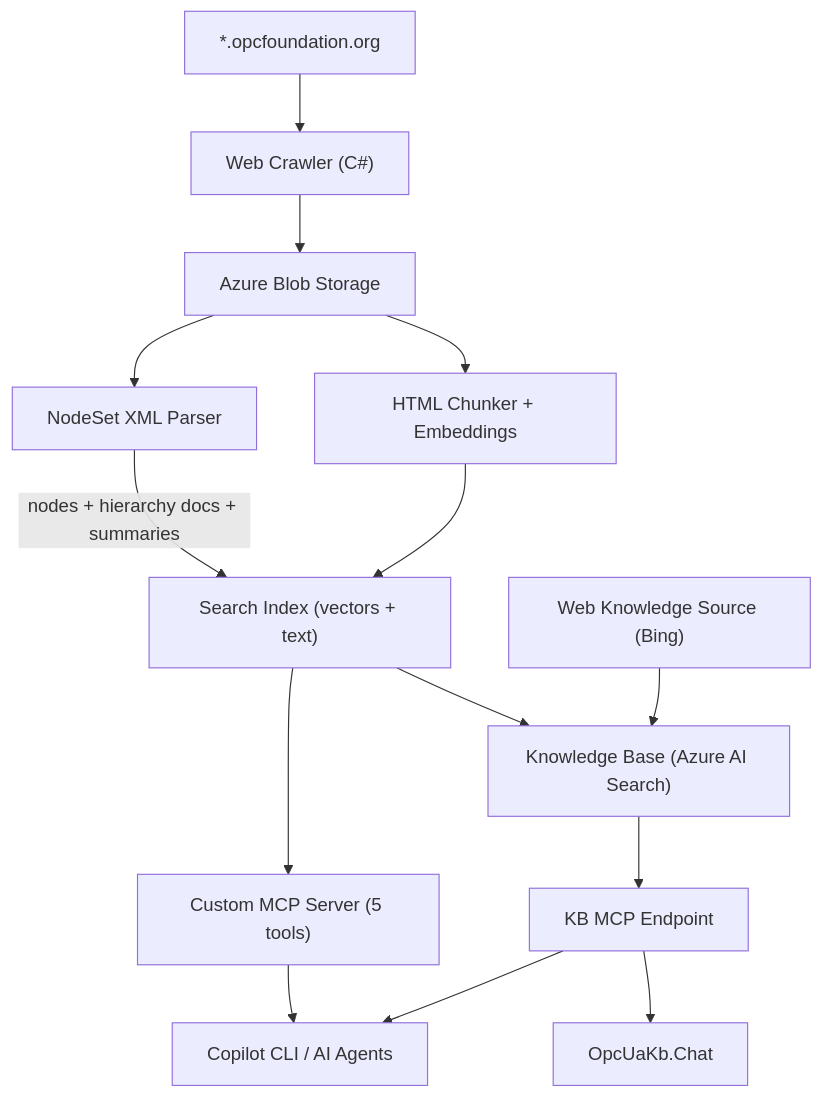
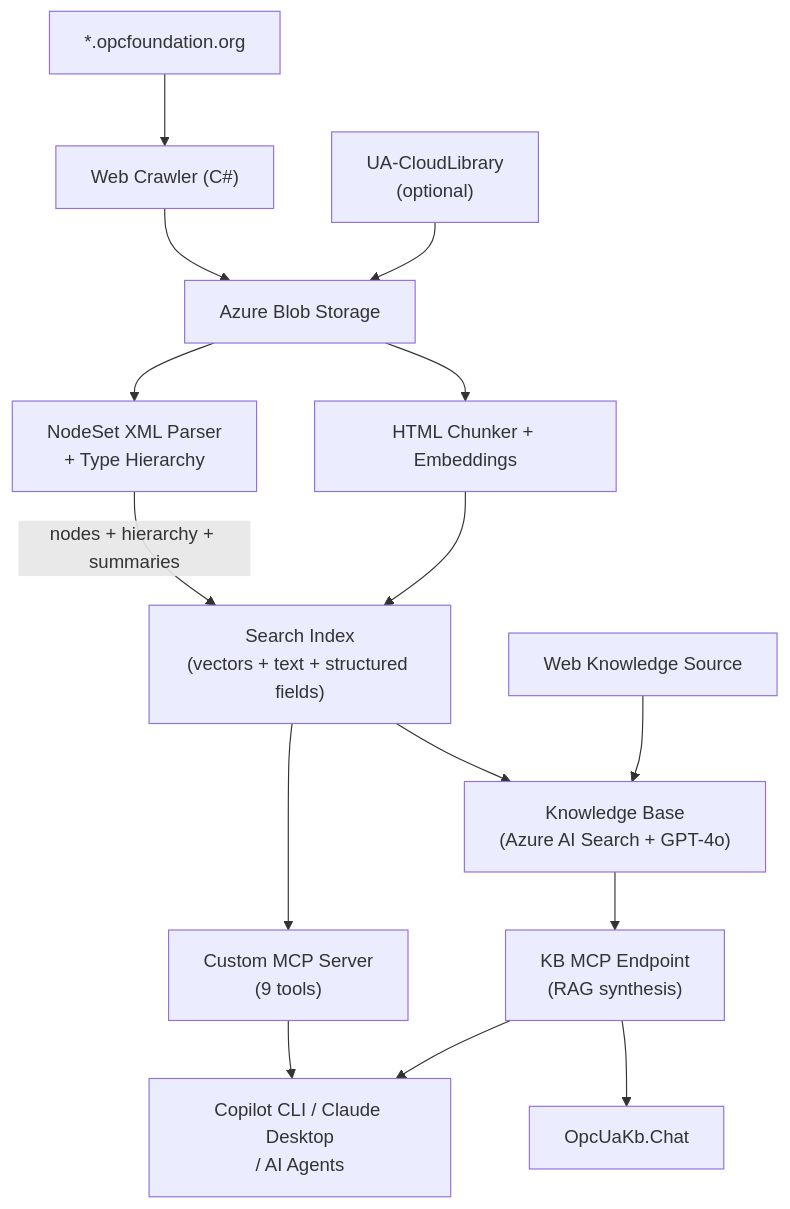
One commit to marcschier/OpcUaKb changed the diagram in README.md. Above: the diagram before and after it, drawn with Mermaid. The commit also changed other lines of this file and 1 other file, not shown here.

````diff
--- a/README.md
+++ b/README.md
@@ -12,16 +13,17 @@
 ```mermaid
 graph TD
     OPC["*.opcfoundation.org"] --> Crawler["Web Crawler (C#)"]
+    CloudLib["UA-CloudLibrary<br/>(optional)"] --> Blob
     Crawler --> Blob["Azure Blob Storage"]
     Blob --> Chunker["HTML Chunker + Embeddings"]
-    Blob --> NodeSet["NodeSet XML Parser"]
-    Chunker --> Index["Search Index (vectors + text)"]
-    NodeSet --> |"nodes + hierarchy docs + summaries"| Index
-    Bing["Web Knowledge Source (Bing)"] --> KB["Knowledge Base (Azure AI Search)"]
+    Blob --> NodeSet["NodeSet XML Parser<br/>+ Type Hierarchy"]
+    Chunker --> Index["Search Index<br/>(vectors + text + structured fields)"]
+    NodeSet --> |"nodes + hierarchy + summaries"| Index
+    Web["Web Knowledge Source"] --> KB["Knowledge Base<br/>(Azure AI Search + GPT-4o)"]
     Index --> KB
-    KB --> MCP1["KB MCP Endpoint"]
-    Index --> McpServer["Custom MCP Server (5 tools)"]
-    MCP1 --> Copilot["Copilot CLI / AI Agents"]
-    McpServer --> Copilot
+    KB --> MCP1["KB MCP Endpoint<br/>(RAG synthesis)"]
+    Index --> McpServer["Custom MCP Server<br/>(9 tools)"]
+    MCP1 --> Clients["Copilot CLI / Claude Desktop<br/>/ AI Agents"]
+    McpServer --> Clients
     MCP1 --> Chat["OpcUaKb.Chat"]
 ```
````
